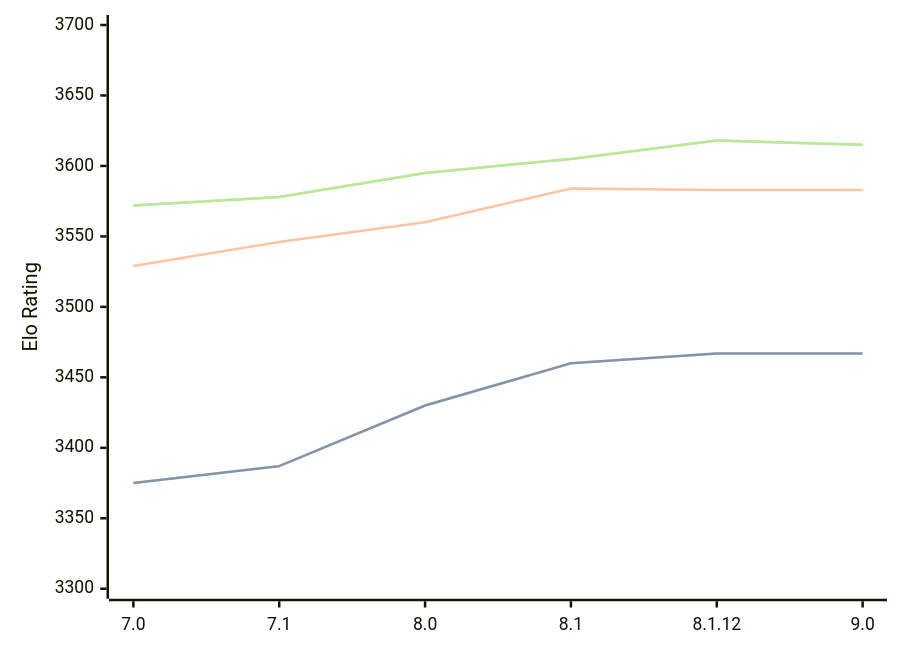
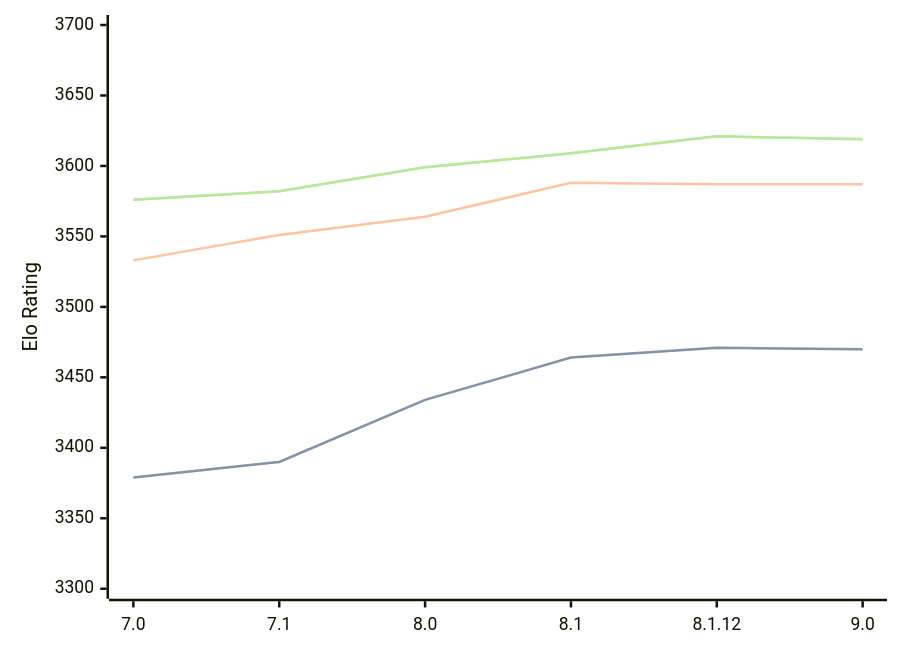
The diagram in engines/Alexandria.md (computer-chess-index/cci), drawn with Mermaid before and after one commit. The commit also changed other lines of this file, not shown here.

Commit message:
Update CCI Ratings (ELO VLTC) - 2026-05-02

````diff
--- a/engines/Alexandria.md
+++ b/engines/Alexandria.md
@@ -55,11 +55,11 @@
 ```mermaid
 %%{init: {"theme":"base","themeVariables":{"seriesColors:['#a3a3a3','#222221','#faa371']}}}%%
 xychart-beta
   x-axis ["7.0", "7.1", "8.0", "8.1", "8.1.12", "9.0"]
   y-axis "Elo Rating" 3300 --> 3700
-  line "STC (8.0+0.08s)" [3375, 3387, 3430, 3460, 3467, 3467]
-  line "STC (8.0+0.08s)" [3375, 3387, 3430, 3460, 3467, 3467]
-  line "LTC (60.0+0.60s)" [3529, 3546, 3560, 3584, 3583, 3583]
-  line "VLTC (2m24s+1.12s)" [3572, 3578, 3595, 3605, 3618, 3615]
-  line "VLTC (2m24s+1.12s)" [3572, 3578, 3595, 3605, 3618, 3615]
+  line "STC (8.0+0.08s)" [3379, 3390, 3434, 3464, 3471, 3470]
+  line "STC (8.0+0.08s)" [3379, 3390, 3434, 3464, 3471, 3470]
+  line "LTC (60.0+0.60s)" [3533, 3551, 3564, 3588, 3587, 3587]
+  line "VLTC (2m24s+1.12s)" [3576, 3582, 3599, 3609, 3621, 3619]
+  line "VLTC (2m24s+1.12s)" [3576, 3582, 3599, 3609, 3621, 3619]
 ```
````
